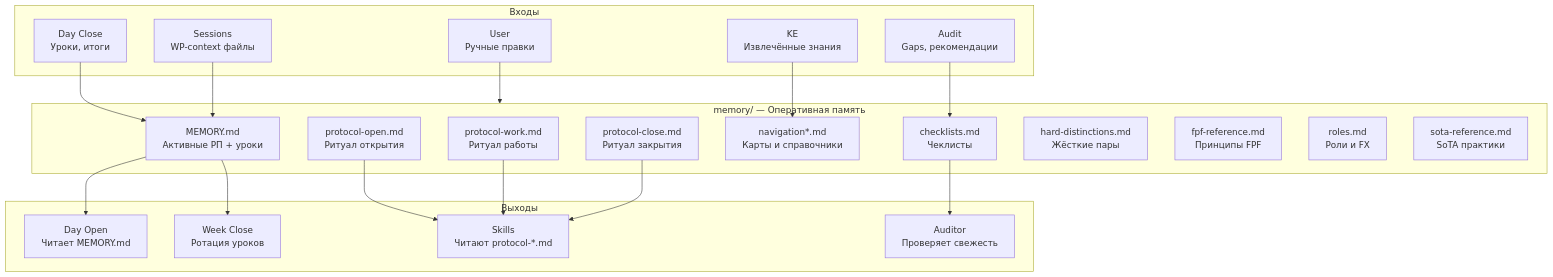
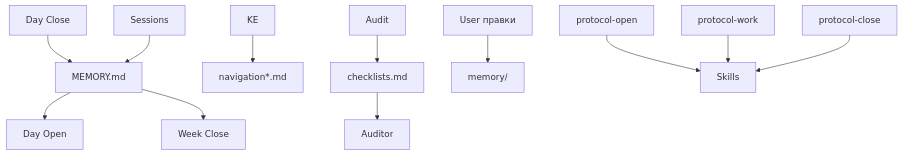
Before and after one commit to StanisSerg/FMT-exocortex-template: the sixth of 7 diagrams in memory/iwe-architecture-visual.md, drawn with Mermaid. The commit also changed other lines of this file, not shown here.

Commit message:
docs: компактная md-версия архитектуры (убраны br-теги, упрощены mermaid)

````diff
--- a/memory/iwe-architecture-visual.md
+++ b/memory/iwe-architecture-visual.md
@@ -314,43 +212,15 @@
 ```mermaid
-graph TB
-    subgraph Inputs["Входы"]
-        I1["Day Close<br/>Уроки, итоги"]
-        I2["Sessions<br/>WP-context файлы"]
-        I3["KE<br/>Извлечённые знания"]
-        I4["Audit<br/>Gaps, рекомендации"]
-        I5["User<br/>Ручные правки"]
-    end
+flowchart TD
+    I1[Day Close] --> M1[MEMORY.md]
+    I2[Sessions] --> M1
+    I3[KE] --> M5[navigation*.md]
+    I4[Audit] --> M6[checklists.md]
+    I5[User правки] --> MEM[memory/]
 
-    subgraph Memory["memory/ — Оперативная память"]
-        M1["MEMORY.md<br/>Активные РП + уроки"]
-        M2["protocol-open.md<br/>Ритуал открытия"]
-        M3["protocol-work.md<br/>Ритуал работы"]
-        M4["protocol-close.md<br/>Ритуал закрытия"]
-        M5["navigation*.md<br/>Карты и справочники"]
-        M6["checklists.md<br/>Чеклисты"]
-        M7["hard-distinctions.md<br/>Жёсткие пары"]
-        M8["fpf-reference.md<br/>Принципы FPF"]
-        M9["roles.md<br/>Роли и FX"]
-        M10["sota-reference.md<br/>SoTA практики"]
-    end
-
-    subgraph Outputs["Выходы"]
-        O1["Day Open<br/>Читает MEMORY.md"]
-        O2["Week Close<br/>Ротация уроков"]
-        O3["Skills<br/>Читают protocol-*.md"]
-        O4["Auditor<br/>Проверяет свежесть"]
-    end
-
-    I1 --> M1
-    I2 --> M1
-    I3 --> M5
-    I4 --> M6
-    I5 --> Memory
-
-    M1 --> O1
-    M1 --> O2
-    M2 --> O3
-    M3 --> O3
-    M4 --> O3
-    M6 --> O4
+    M1 --> O1[Day Open]
+    M1 --> O2[Week Close]
+    M2[protocol-open] --> O3[Skills]
+    M3[protocol-work] --> O3
+    M4[protocol-close] --> O3
+    M6 --> O4[Auditor]
 ```
````
